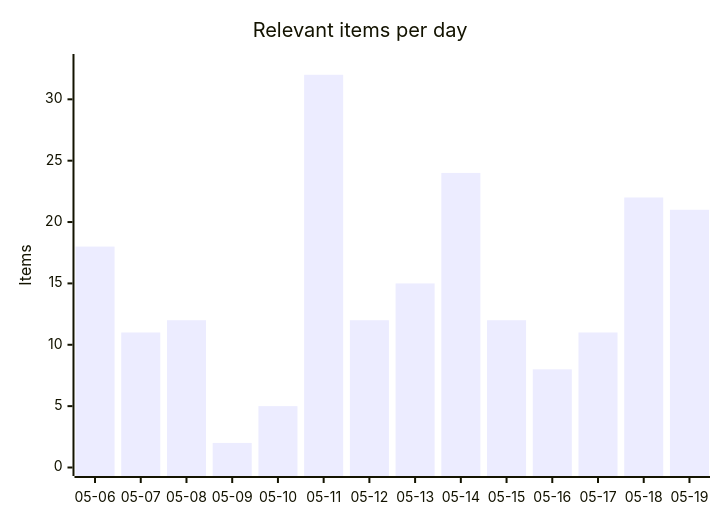
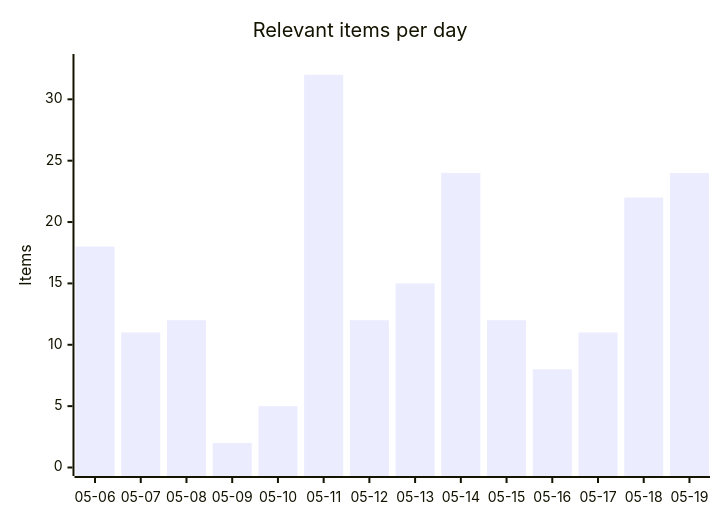
Before and after one commit to martinbalfanz/social-scanner-reports: the first of 4 diagrams in README.md, drawn with Mermaid. The commit also changed other lines of this file and 4 other files, not shown here.

````diff
--- a/README.md
+++ b/README.md
@@ -30,7 +30,7 @@
 ```mermaid
 xychart-beta
     title "Relevant items per day"
     x-axis ["05-06", "05-07", "05-08", "05-09", "05-10", "05-11", "05-12", "05-13", "05-14", "05-15", "05-16", "05-17", "05-18", "05-19"]
     y-axis "Items" 0 --> 33
-    bar [18, 11, 12, 2, 5, 32, 12, 15, 24, 12, 8, 11, 22, 21]
+    bar [18, 11, 12, 2, 5, 32, 12, 15, 24, 12, 8, 11, 22, 24]
 ```
````
